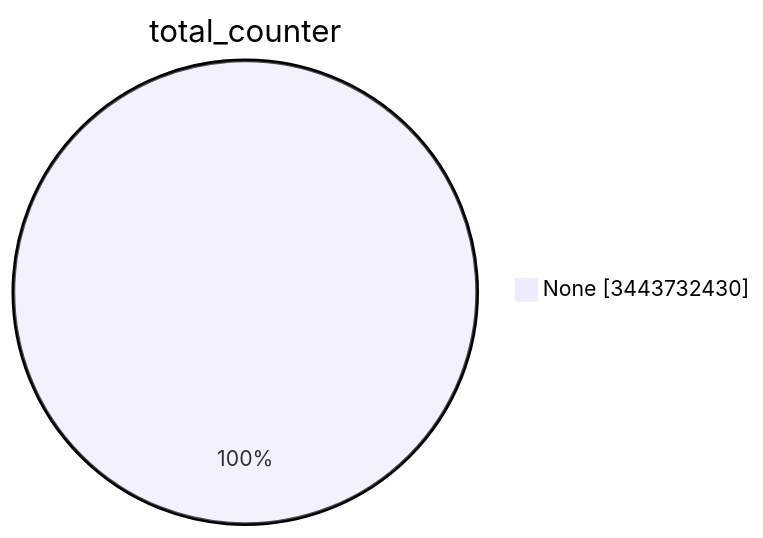
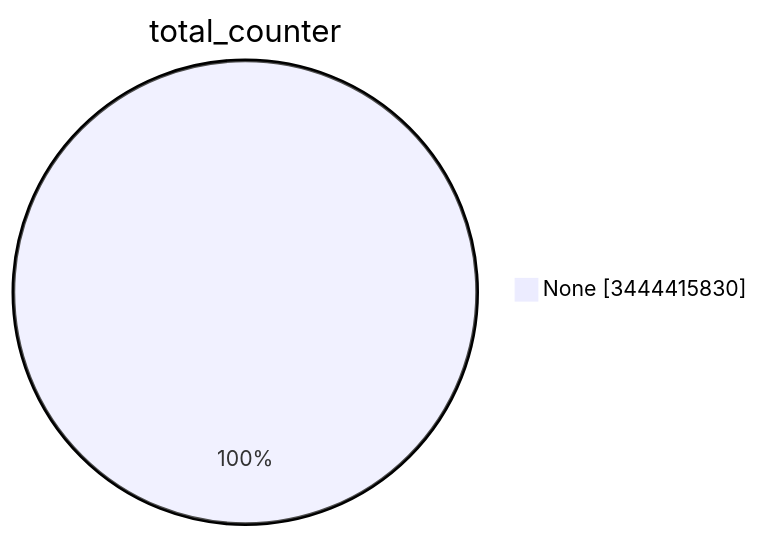
The first of 15 diagrams in TOTAL/README.md (christiankrug/ctmonitor_visualization), drawn with Mermaid before and after one commit. The commit also changed other lines of this file, not shown here.

````diff
--- a/TOTAL/README.md
+++ b/TOTAL/README.md
@@ -1,5 +1,5 @@
 ```mermaid
 pie showData
 title total_counter
-"None" :3443732430
+"None" :3444415830
 ```
````
